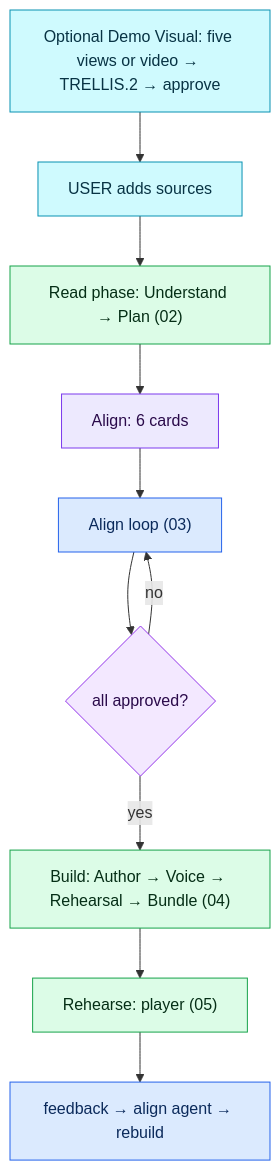
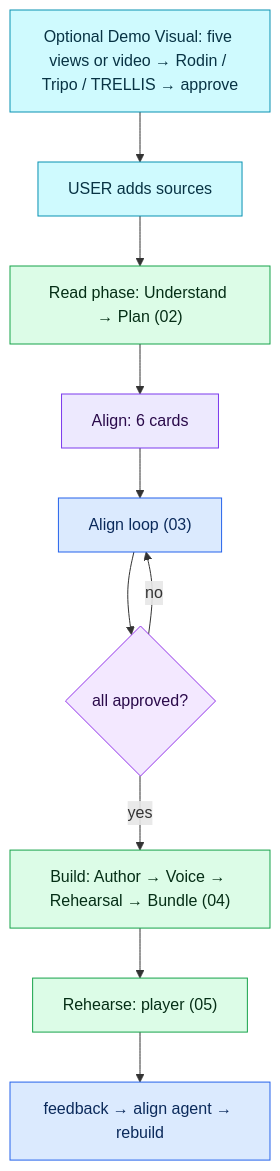
Before and after one commit to APareek89/demo-studio: the diagram in docs/ARCHITECTURE_FLOW.md, drawn with Mermaid. The commit also changed other lines of this file and 28 other files, not shown here.

````diff
--- a/docs/ARCHITECTURE_FLOW.md
+++ b/docs/ARCHITECTURE_FLOW.md
@@ -58,12 +59,12 @@
 ```mermaid
 %% see docs/mermaid/01-master.mmd
 flowchart TD
-  V["Optional Demo Visual: five views or video → TRELLIS.2 → approve"]:::ask --> U["USER adds sources"]:::ask --> READ["Read phase: Understand → Plan (02)"]:::fn --> CARDS["Align: 6 cards"]:::data --> ALIGN["Align loop (03)"]:::agent --> APPR{"all approved?"}:::dec
+  V["Optional Demo Visual: five views or video → Rodin / Tripo / TRELLIS → approve"]:::ask --> U["USER adds sources"]:::ask --> READ["Read phase: Understand → Plan (02)"]:::fn --> CARDS["Align: 6 cards"]:::data --> ALIGN["Align loop (03)"]:::agent --> APPR{"all approved?"}:::dec
   APPR -- "yes" --> BUILD["Build: Author → Voice → Rehearsal → Bundle (04)"]:::fn --> PLAY["Rehearse: player (05)"]:::fn --> FB["feedback → align agent → rebuild"]:::agent
   APPR -- "no" --> ALIGN
   classDef agent fill:#dbeafe,stroke:#2563eb,color:#0b2a5b;
   classDef fn fill:#dcfce7,stroke:#16a34a,color:#052e16;
   classDef dec fill:#f3e8ff,stroke:#9333ea,color:#2a0a4a;
   classDef data fill:#ede9fe,stroke:#7c3aed,color:#2a0a4a;
   classDef ask fill:#cffafe,stroke:#0891b2,color:#083344;
 ```
````
